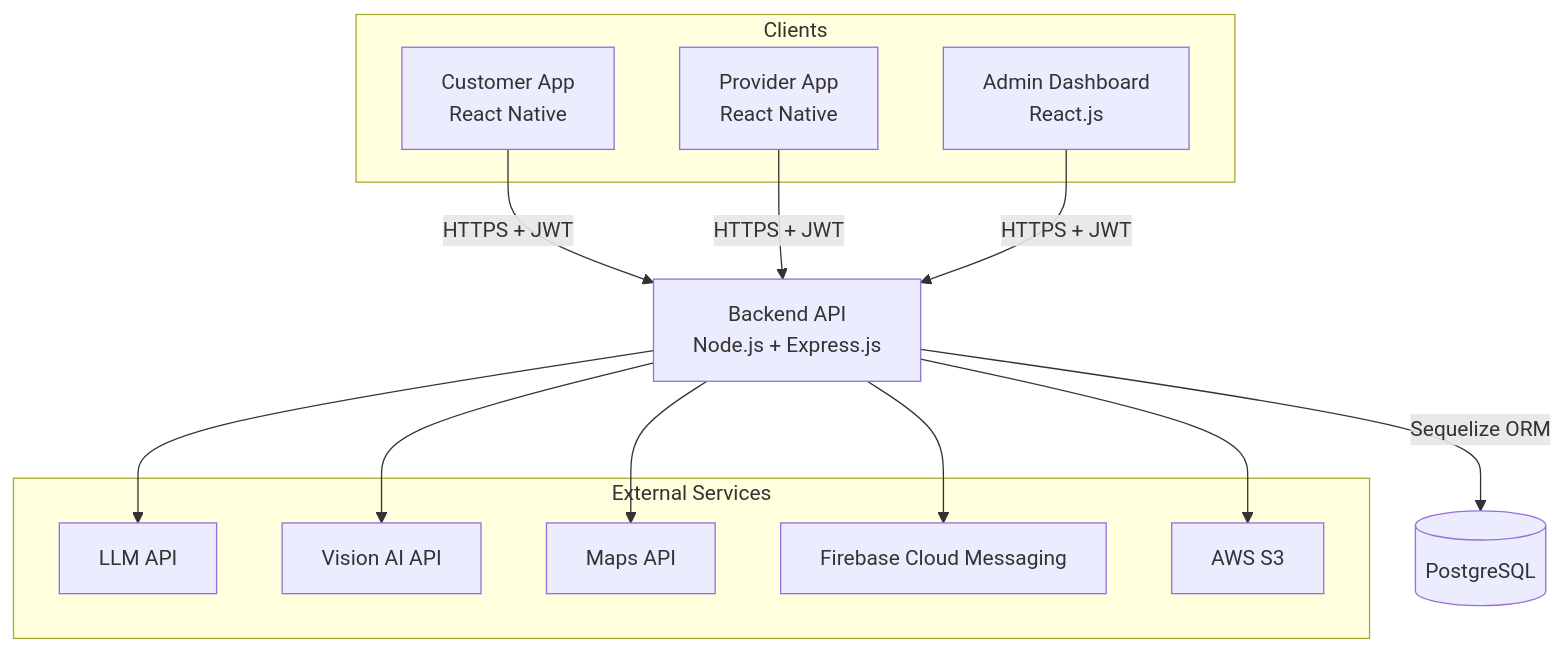
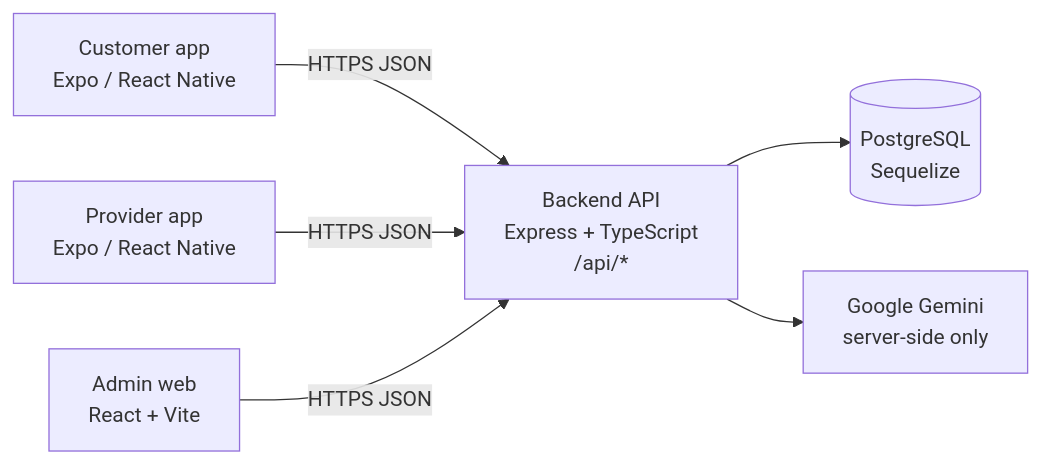
The first of 2 diagrams in docs/ARCHITECTURE.md (iroonfathimanistha/HelpDesk_Mobile), drawn with Mermaid before and after one commit. The commit also changed other lines of this file and 300 other files, not shown here.

````diff
--- a/docs/ARCHITECTURE.md
+++ b/docs/ARCHITECTURE.md
@@ -9,30 +7,8 @@
 ```mermaid
-flowchart TD
-    subgraph Clients
-        CA[Customer App<br/>React Native]
-        PA[Provider App<br/>React Native]
-        AD[Admin Dashboard<br/>React.js]
-    end
-
-    CA -->|HTTPS + JWT| API
-    PA -->|HTTPS + JWT| API
-    AD -->|HTTPS + JWT| API
-
-    API[Backend API<br/>Node.js + Express.js]
-
-    API -->|Sequelize ORM| DB[(PostgreSQL)]
-
-    subgraph External Services
-        AI[LLM API]
-        VAI[Vision AI API]
-        MAPS[Maps API]
-        FCM[Firebase Cloud Messaging]
-        S3[AWS S3]
-    end
-
-    API --> AI
-    API --> VAI
-    API --> MAPS
-    API --> FCM
-    API --> S3
+flowchart LR
+  C[Customer app<br/>Expo / React Native] -->|HTTPS JSON| API
+  P[Provider app<br/>Expo / React Native] -->|HTTPS JSON| API
+  A[Admin web<br/>React + Vite] -->|HTTPS JSON| API
+  API[Backend API<br/>Express + TypeScript<br/>/api/*] --> DB[(PostgreSQL<br/>Sequelize)]
+  API --> G[Google Gemini<br/>server-side only]
 ```
````
